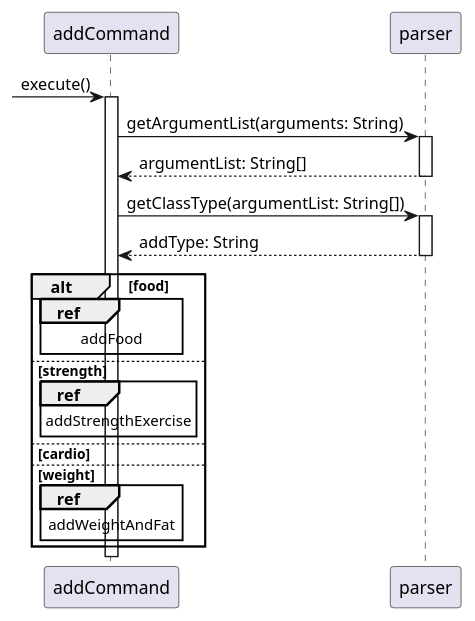
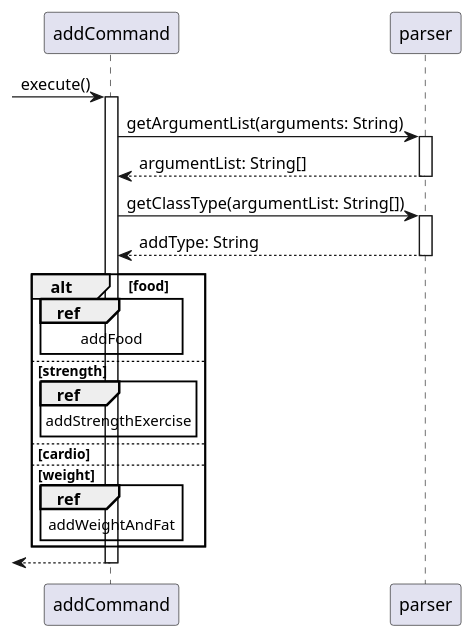
The diagram in docs/UmlDiagrams/Add.puml (nus-cs2113-AY2223S1/tp), drawn with PlantUML before and after one commit. The commit also changed 15 other files, not shown here.

```diff
--- a/docs/UmlDiagrams/Add.puml
+++ b/docs/UmlDiagrams/Add.puml
@@ -1,28 +1,26 @@
 @startuml
 'https://plantuml.com/sequence-diagram
 
 autoactivate on
-
-'Duke -> ui: input()
-'User --> ui: user input
-'Duke <-- ui: user input
 
 
 -> addCommand: execute()
 addCommand -> parser: getArgumentList(arguments: String)
 return argumentList: String[]
 addCommand -> parser: getClassType(argumentList: String[])
 return addType: String
 
 alt food
     ref over addCommand: addFood
 else strength
     ref over addCommand: addStrengthExercise
 else cardio
 
 else weight
     ref over addCommand: addWeightAndFat
 
 end
 
+return
+
 @enduml
```
